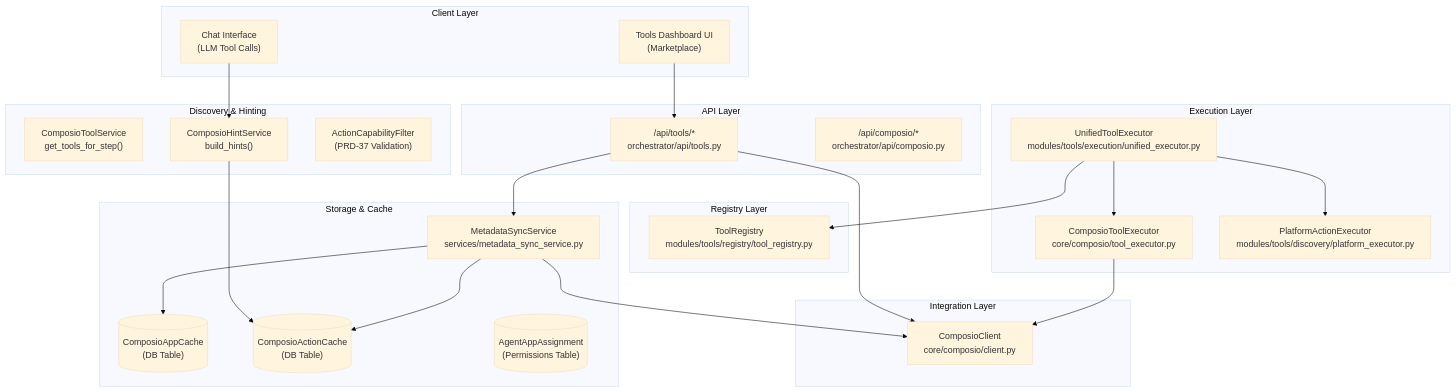
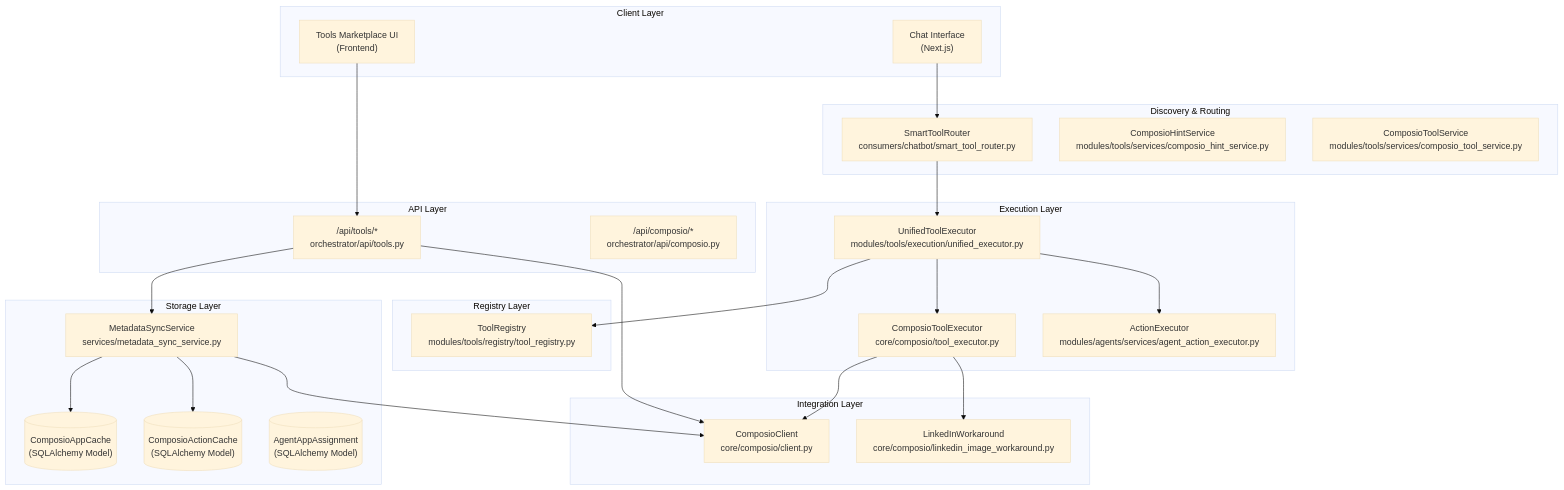
The first of 2 diagrams in docs/tools-integrations/_index.md (AutomatosAI/automatos-ai), drawn with Mermaid (base theme) before and after one commit. The commit also changed other lines of this file and 153 other files, not shown here.

````diff
--- a/docs/tools-integrations/_index.md
+++ b/docs/tools-integrations/_index.md
@@ -42,56 +44,58 @@
 ```mermaid
 graph TB
     subgraph "Client Layer"
-        UI["Tools Dashboard UI<br/>(Marketplace)"]
-        ChatUI["Chat Interface<br/>(LLM Tool Calls)"]
+        UI["Tools Marketplace UI<br/>(Frontend)"]
+        ChatUI["Chat Interface<br/>(Next.js)"]
     end
     
     subgraph "API Layer"
         ToolsAPI["/api/tools/*<br/>orchestrator/api/tools.py"]
         ComposioAPI_Route["/api/composio/*<br/>orchestrator/api/composio.py"]
     end
     
     subgraph "Registry Layer"
         ToolRegistry["ToolRegistry<br/>modules/tools/registry/tool_registry.py"]
     end
     
-    subgraph "Discovery & Hinting"
-        ComposioToolService["ComposioToolService<br/>get_tools_for_step()"]
-        ComposioHintService["ComposioHintService<br/>build_hints()"]
-        ActionCapabilityFilter["ActionCapabilityFilter<br/>(PRD-37 Validation)"]
+    subgraph "Discovery & Routing"
+        SmartToolRouter["SmartToolRouter<br/>consumers/chatbot/smart_tool_router.py"]
+        ComposioHintService["ComposioHintService<br/>modules/tools/services/composio_hint_service.py"]
+        ComposioToolService["ComposioToolService<br/>modules/tools/services/composio_tool_service.py"]
     end
     
     subgraph "Execution Layer"
         UnifiedExecutor["UnifiedToolExecutor<br/>modules/tools/execution/unified_executor.py"]
         ComposioToolExecutor["ComposioToolExecutor<br/>core/composio/tool_executor.py"]
-        PlatformActionExecutor["PlatformActionExecutor<br/>modules/tools/discovery/platform_executor.py"]
+        ActionExecutor["ActionExecutor<br/>modules/agents/services/agent_action_executor.py"]
     end
     
     subgraph "Integration Layer"
         ComposioClient["ComposioClient<br/>core/composio/client.py"]
+        LinkedInWorkaround["LinkedInWorkaround<br/>core/composio/linkedin_image_workaround.py"]
     end
     
-    subgraph "Storage & Cache"
+    subgraph "Storage Layer"
         MetadataSync["MetadataSyncService<br/>services/metadata_sync_service.py"]
-        ComposioAppCache[("ComposioAppCache<br/>(DB Table)")]
-        ComposioActionCache[("ComposioActionCache<br/>(DB Table)")]
-        AgentAppAssignment[("AgentAppAssignment<br/>(Permissions Table)")]
+        ComposioAppCache[("ComposioAppCache<br/>(SQLAlchemy Model)")]
+        ComposioActionCache[("ComposioActionCache<br/>(SQLAlchemy Model)")]
+        AgentAppAssignment[("AgentAppAssignment<br/>(SQLAlchemy Model)")]
     end
     
     UI --> ToolsAPI
-    ChatUI --> ComposioHintService
+    ChatUI --> SmartToolRouter
     
     ToolsAPI --> MetadataSync
     ToolsAPI --> ComposioClient
     
-    ComposioHintService --> ComposioActionCache
+    SmartToolRouter --> UnifiedExecutor
     UnifiedExecutor --> ToolRegistry
     
     UnifiedExecutor --> ComposioToolExecutor
-    UnifiedExecutor --> PlatformActionExecutor
+    UnifiedExecutor --> ActionExecutor
     
     ComposioToolExecutor --> ComposioClient
+    ComposioToolExecutor --> LinkedInWorkaround
     MetadataSync --> ComposioClient
     MetadataSync --> ComposioAppCache
     MetadataSync --> ComposioActionCache
 ```
````
